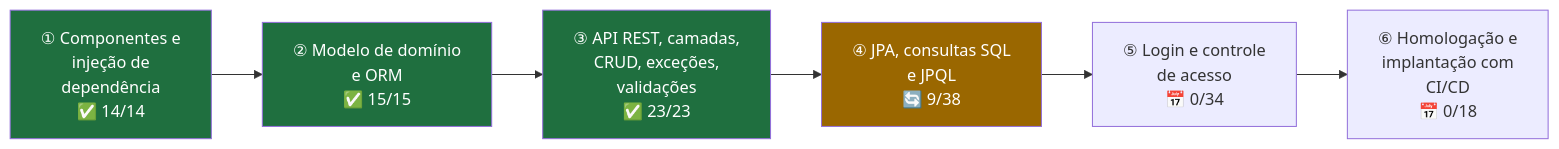
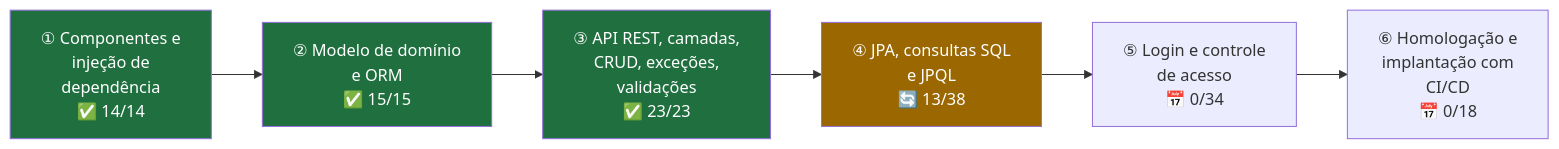
Before and after one commit to k3vinrich4rd/k3vinrich4rd: diagram 20 of 22 in README.md, drawn with Mermaid. The commit also changed other lines of this file and 5 other files, not shown here.

````diff
--- a/README.md
+++ b/README.md
@@ -2518,8 +2562,8 @@
 ```mermaid
 flowchart LR
-    C1["① Componentes e<br/>injeção de<br/>dependência<br/>✅ 14/14"] --> C2["② Modelo de domínio<br/>e ORM<br/>✅ 15/15"] --> C3["③ API REST, camadas,<br/>CRUD, exceções,<br/>validações<br/>✅ 23/23"] --> C4["④ JPA, consultas SQL<br/>e JPQL<br/>🔄 9/38"] --> C5["⑤ Login e controle<br/>de acesso<br/>📅 0/34"] --> C6["⑥ Homologação e<br/>implantação com<br/>CI/CD<br/>📅 0/18"]
+    C1["① Componentes e<br/>injeção de<br/>dependência<br/>✅ 14/14"] --> C2["② Modelo de domínio<br/>e ORM<br/>✅ 15/15"] --> C3["③ API REST, camadas,<br/>CRUD, exceções,<br/>validações<br/>✅ 23/23"] --> C4["④ JPA, consultas SQL<br/>e JPQL<br/>🔄 13/38"] --> C5["⑤ Login e controle<br/>de acesso<br/>📅 0/34"] --> C6["⑥ Homologação e<br/>implantação com<br/>CI/CD<br/>📅 0/18"]
     style C1 fill:#1f6f3f,color:#fff
     style C2 fill:#1f6f3f,color:#fff
     style C3 fill:#1f6f3f,color:#fff
     style C4 fill:#9a6700,color:#fff
 ```
````
